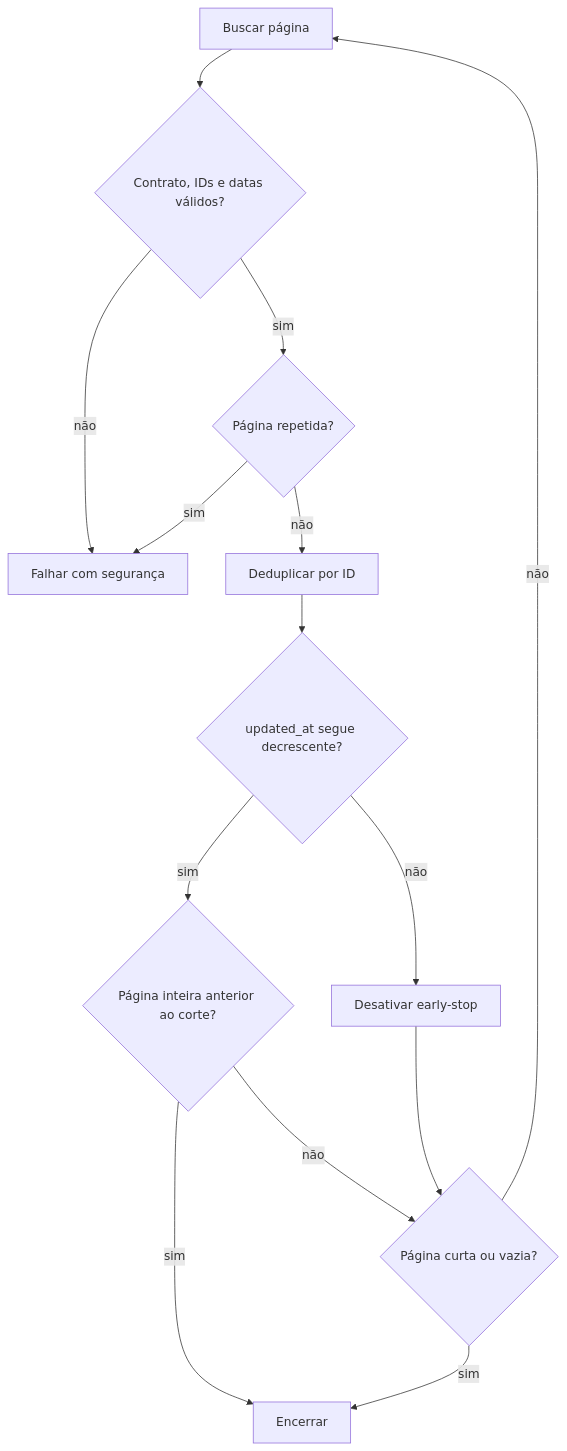
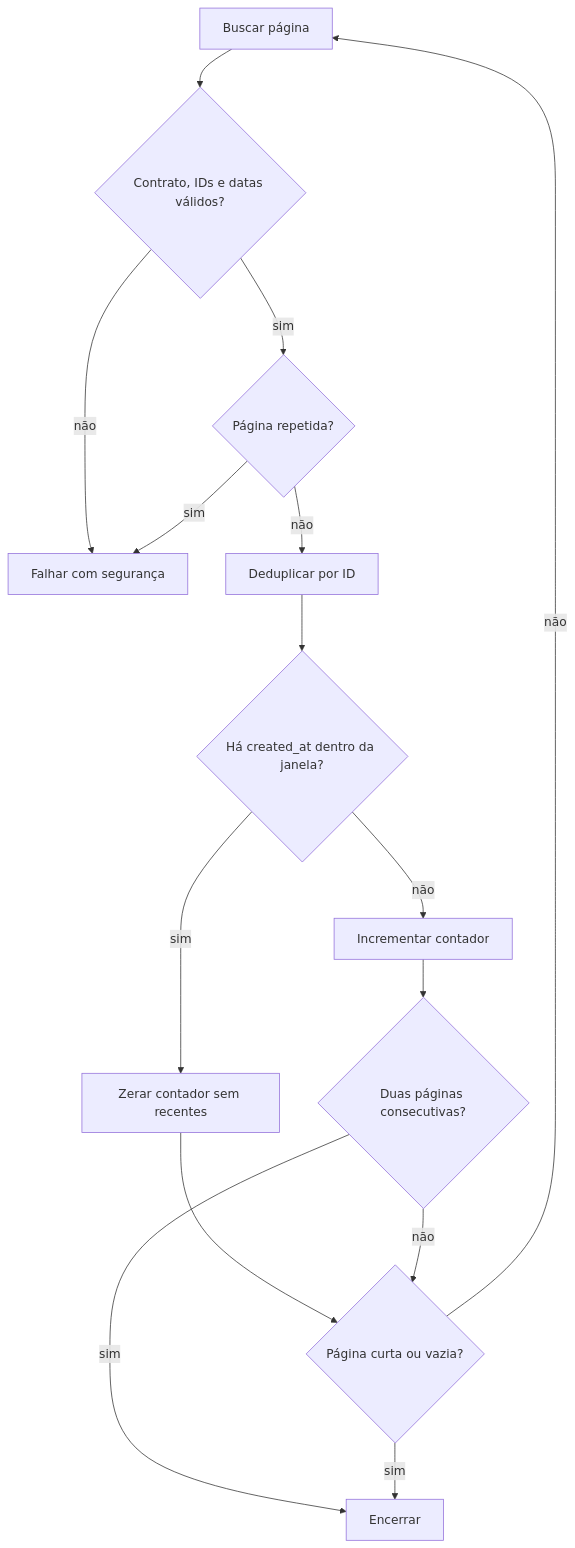
Before and after one commit to lojadosapo/ls-data: the third of 4 diagrams in README.md, drawn with Mermaid. The commit also changed other lines of this file and 6 other files, not shown here.

````diff
--- a/README.md
+++ b/README.md
@@ -109,16 +109,17 @@
 ```mermaid
 flowchart TD
     A[Buscar página] --> B{Contrato, IDs e datas válidos?}
     B -- não --> X[Falhar com segurança]
     B -- sim --> C{Página repetida?}
     C -- sim --> X
     C -- não --> D[Deduplicar por ID]
-    D --> E{updated_at segue decrescente?}
-    E -- não --> F[Desativar early-stop]
-    E -- sim --> G{Página inteira anterior ao corte?}
-    G -- sim --> H[Encerrar]
-    G -- não --> I{Página curta ou vazia?}
-    F --> I
-    I -- sim --> H
+    D --> E{Há created_at dentro da janela?}
+    E -- sim --> F[Zerar contador sem recentes]
+    E -- não --> G[Incrementar contador]
+    F --> I{Página curta ou vazia?}
+    G --> H{Duas páginas consecutivas?}
+    H -- sim --> J[Encerrar]
+    H -- não --> I
+    I -- sim --> J
     I -- não --> A
 ```
````
